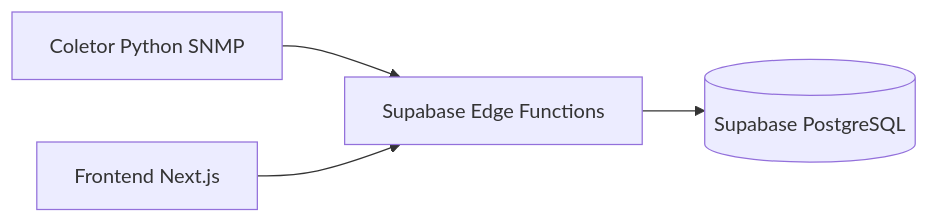
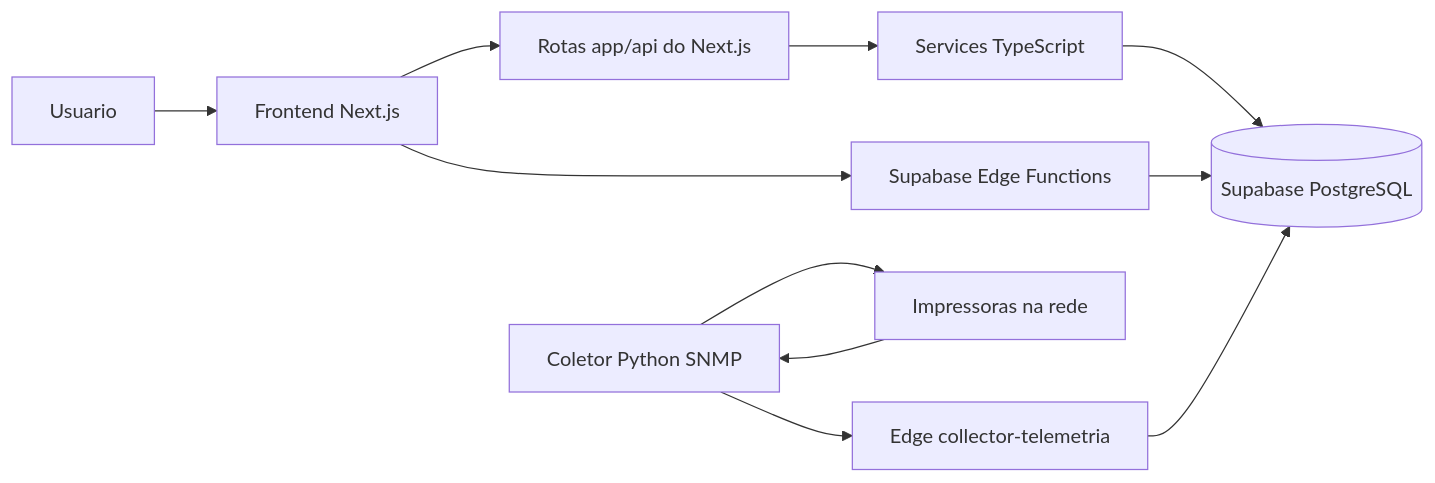
The diagram in docs/02-architecture.md (Naian1/INVENT_COLECTOR), drawn with Mermaid before and after one commit. The commit also changed other lines of this file and 2 other files, not shown here.

Commit message:
docs: explicar camadas de api do sistema

````diff
--- a/docs/02-architecture.md
+++ b/docs/02-architecture.md
@@ -15,6 +24,14 @@
 ```mermaid
 flowchart LR
-    A[Coletor Python SNMP] --> B[Supabase Edge Functions]
-    C[Frontend Next.js] --> B
-    B --> D[(Supabase PostgreSQL)]
+    U[Usuario] --> F[Frontend Next.js]
+    F --> A1[Rotas app/api do Next.js]
+    F --> A2[Supabase Edge Functions]
+    A1 --> S[Services TypeScript]
+    S --> DB[(Supabase PostgreSQL)]
+    A2 --> DB
+
+    C[Coletor Python SNMP] --> P[Impressoras na rede]
+    P --> C
+    C --> E[Edge collector-telemetria]
+    E --> DB
 ```
````
